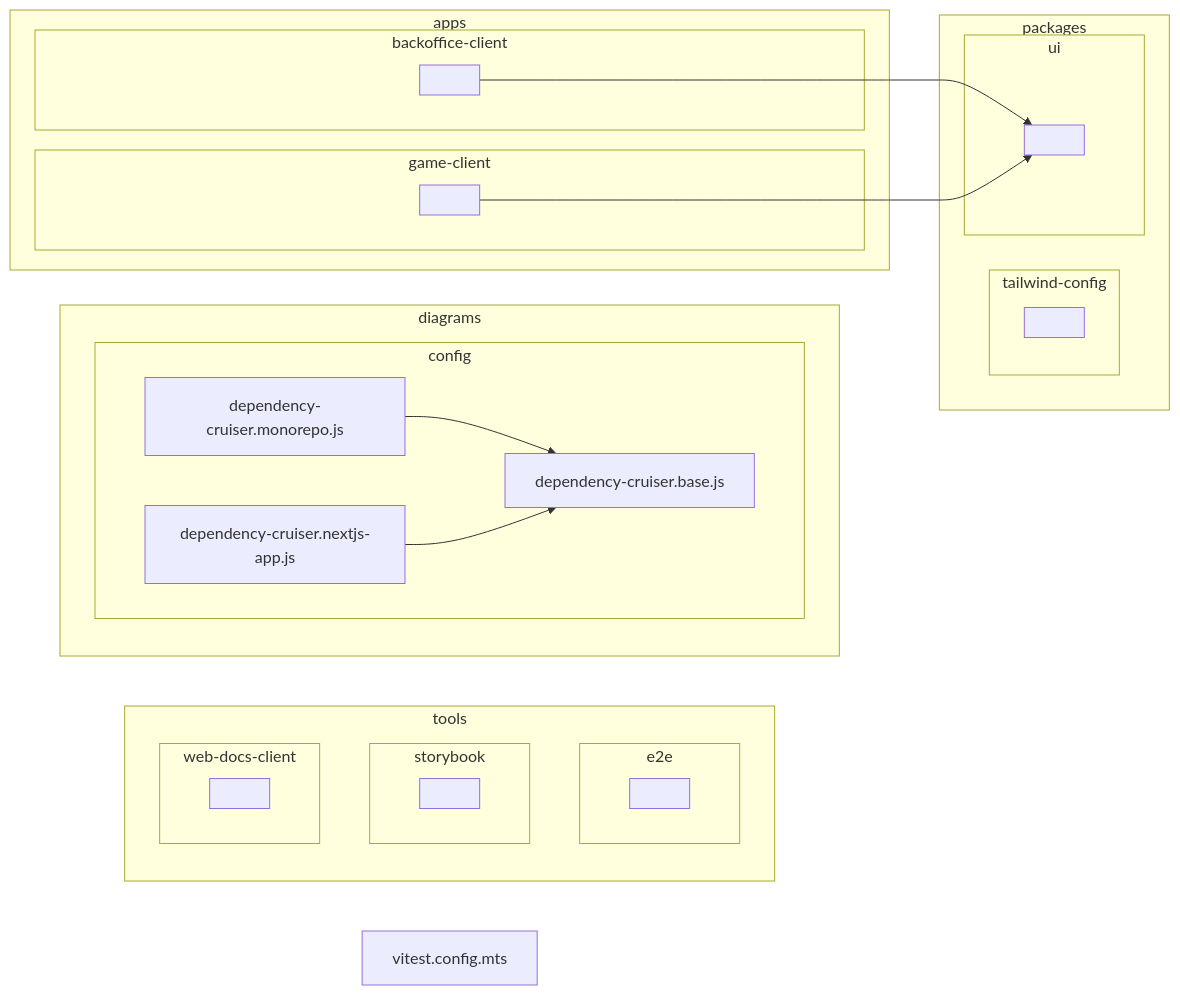
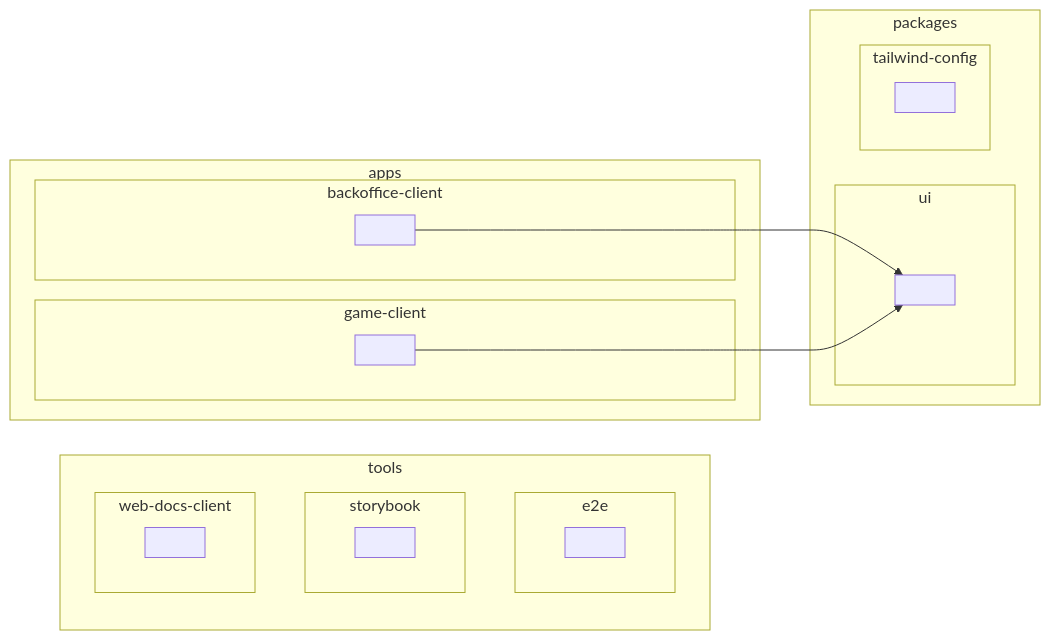
Before and after one commit to kartuli-app/kartuli: the diagram in diagrams/output/diagram-monorepo.mmd, drawn with Mermaid. The commit also changed 10 other files, not shown here.

Commit message:
chore(diagrams): update dependency-cruiser configuration to exclude additional files and regenerate diagrams

```diff
--- a/diagrams/output/diagram-monorepo.mmd
+++ b/diagrams/output/diagram-monorepo.mmd
@@ -1,41 +1,31 @@
 flowchart LR
 
 subgraph 0["apps"]
 subgraph 1["backoffice-client"]
 2[" "]
 end
 subgraph 3["game-client"]
 4[" "]
 end
 end
-subgraph 5["diagrams"]
-subgraph 6["config"]
-7["dependency-cruiser.base.js"]
-8["dependency-cruiser.monorepo.js"]
-9["dependency-cruiser.nextjs-app.js"]
+subgraph 5["packages"]
+subgraph 6["tailwind-config"]
+7[" "]
+end
+subgraph 8["ui"]
+9[" "]
 end
 end
-subgraph A["packages"]
-subgraph B["tailwind-config"]
+subgraph A["tools"]
+subgraph B["e2e"]
 C[" "]
 end
-subgraph D["ui"]
+subgraph D["storybook"]
 E[" "]
 end
-end
-subgraph F["tools"]
-subgraph G["e2e"]
-H[" "]
-end
-subgraph I["storybook"]
-J[" "]
-end
-subgraph K["web-docs-client"]
-L[" "]
+subgraph F["web-docs-client"]
+G[" "]
 end
 end
-M["vitest.config.mts"]
-2-->E
-4-->E
-8-->7
-9-->7
+2-->9
+4-->9
```
